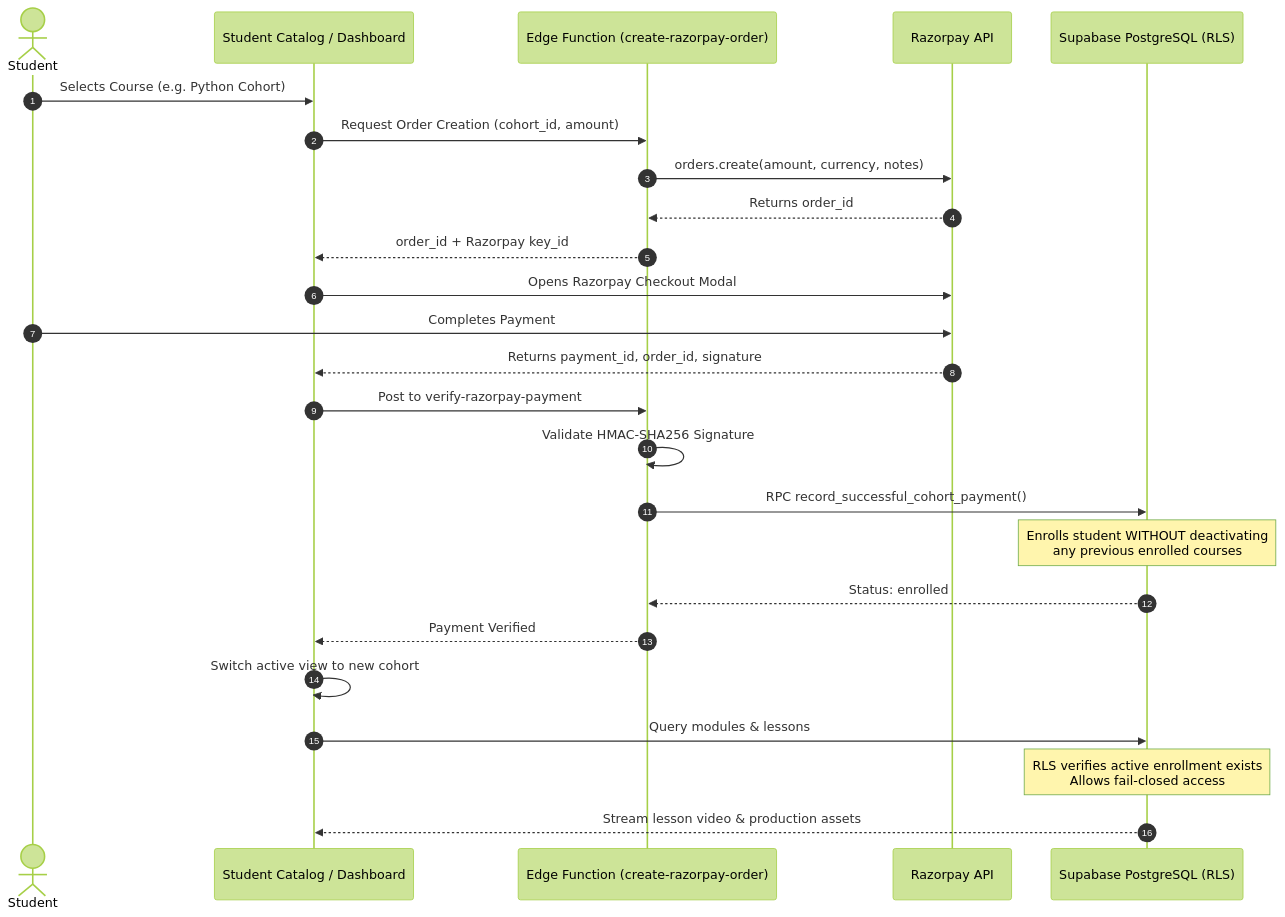
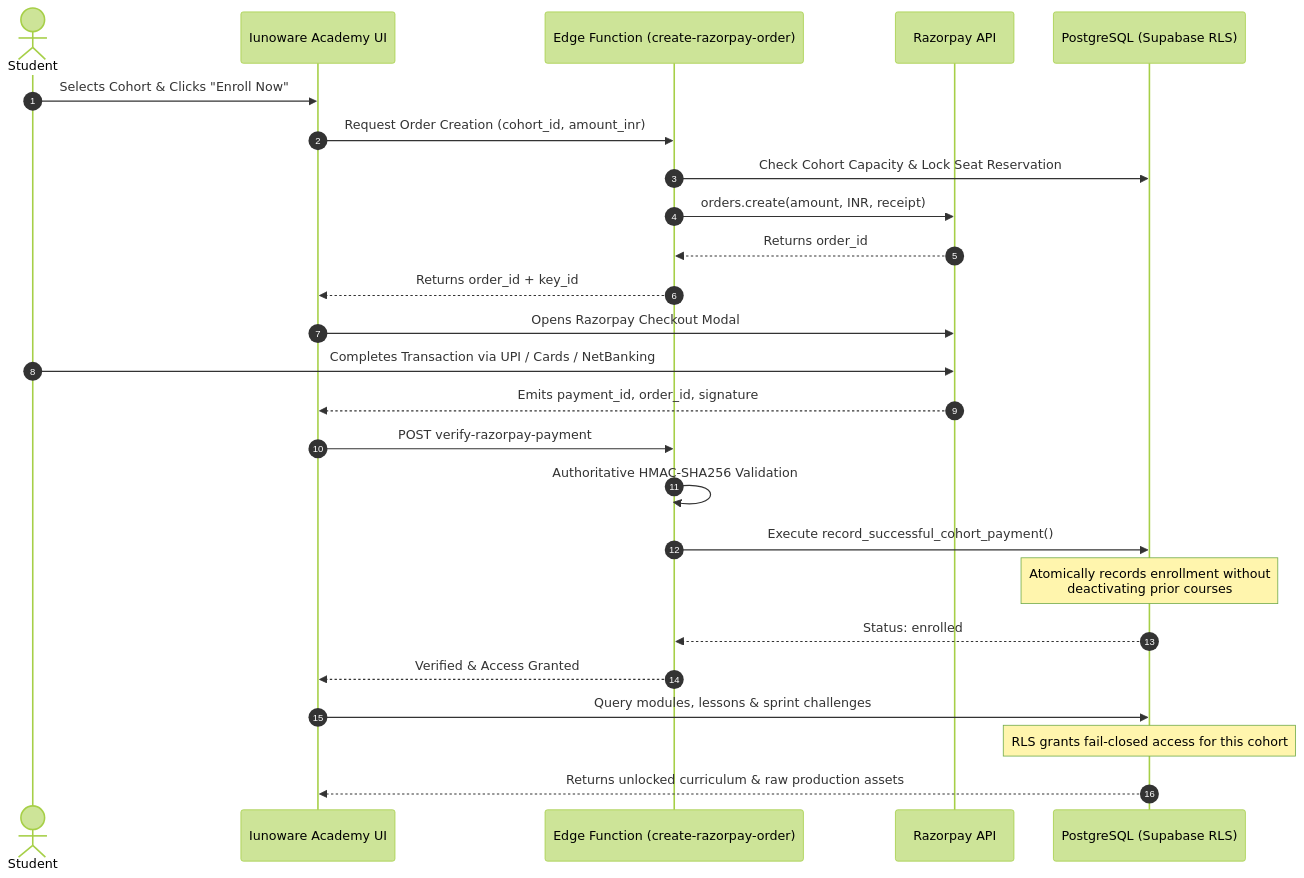
One commit to Ramanan1711/video-editing-cohort-platform changed the third of 4 diagrams in README.md. Above: the diagram before and after it, drawn with Mermaid (forest theme). The commit also changed other lines of this file, not shown here.

First line of the commit message:
docs(readme): update platform documentation and validate Markdown structure

````diff
--- a/README.md
+++ b/README.md
@@ -144,31 +166,31 @@
 ```mermaid
 sequenceDiagram
     autonumber
     actor Student
-    participant Frontend as Student Catalog / Dashboard
+    participant UI as Iunoware Academy UI
     participant Edge as Edge Function (create-razorpay-order)
     participant Razorpay as Razorpay API
-    participant DB as Supabase PostgreSQL (RLS)
+    participant DB as PostgreSQL (Supabase RLS)
 
-    Student->>Frontend: Selects Course (e.g. Python Cohort)
-    Frontend->>Edge: Request Order Creation (cohort_id, amount)
-    Edge->>Razorpay: orders.create(amount, currency, notes)
+    Student->>UI: Selects Cohort & Clicks "Enroll Now"
+    UI->>Edge: Request Order Creation (cohort_id, amount_inr)
+    Edge->>DB: Check Cohort Capacity & Lock Seat Reservation
+    Edge->>Razorpay: orders.create(amount, INR, receipt)
     Razorpay-->>Edge: Returns order_id
-    Edge-->>Frontend: order_id + Razorpay key_id
+    Edge-->>UI: Returns order_id + key_id
 
-    Frontend->>Razorpay: Opens Razorpay Checkout Modal
-    Student->>Razorpay: Completes Payment
-    Razorpay-->>Frontend: Returns payment_id, order_id, signature
+    UI->>Razorpay: Opens Razorpay Checkout Modal
+    Student->>Razorpay: Completes Transaction via UPI / Cards / NetBanking
+    Razorpay-->>UI: Emits payment_id, order_id, signature
 
-    Frontend->>Edge: Post to verify-razorpay-payment
-    Edge->>Edge: Validate HMAC-SHA256 Signature
-    Edge->>DB: RPC record_successful_cohort_payment()
-    Note over DB: Enrolls student WITHOUT deactivating<br/>any previous enrolled courses
+    UI->>Edge: POST verify-razorpay-payment
+    Edge->>Edge: Authoritative HMAC-SHA256 Validation
+    Edge->>DB: Execute record_successful_cohort_payment()
+    Note over DB: Atomically records enrollment without<br/>deactivating prior courses
     DB-->>Edge: Status: enrolled
-    Edge-->>Frontend: Payment Verified
+    Edge-->>UI: Verified & Access Granted
 
-    Frontend->>Frontend: Switch active view to new cohort
-    Frontend->>DB: Query modules & lessons
-    Note over DB: RLS verifies active enrollment exists<br/>Allows fail-closed access
-    DB-->>Frontend: Stream lesson video & production assets
+    UI->>DB: Query modules, lessons & sprint challenges
+    Note over DB: RLS grants fail-closed access for this cohort
+    DB-->>UI: Returns unlocked curriculum & raw production assets
 ```
````
